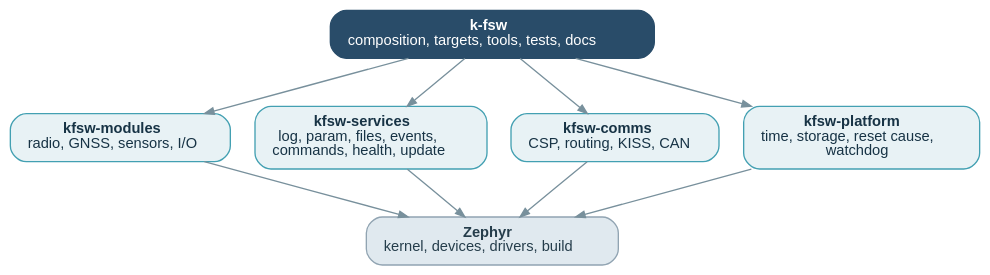
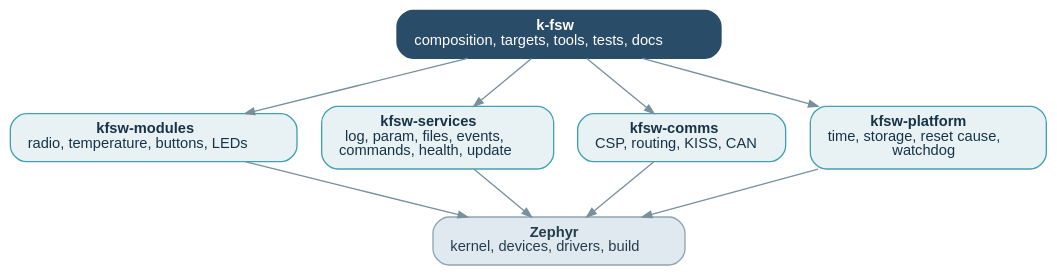
The diagram in docs/media/layout.dot (dgonzalez97/k-fsw), drawn with Graphviz before and after one commit. The commit also changed 3 other files, not shown here.

```diff
--- a/docs/media/layout.dot
+++ b/docs/media/layout.dot
@@ -1,30 +1,30 @@
 /* The repository layout, rendered to SVG by tools/docs/diagrams.sh.
  *
  * Colours are given for both themes by using mid-tones that hold on a white
  * page and a dark one, since GitHub picks the reader's theme and an SVG cannot
  * ask which it got.
  */
 digraph kfsw {
 	bgcolor="transparent";
 	rankdir=TB;
 	node [shape=box, style="rounded,filled", fontname="Helvetica",
 	      fontsize=11, color="#43a0b2", fillcolor="#e8f2f5", fontcolor="#173345",
 	      margin="0.18,0.10"];
 	edge [color="#78909c", arrowsize=0.7];
 
 	app [label=<<b>k-fsw</b><br/>composition, targets, tools, tests, docs>,
 	     fillcolor="#294c69", fontcolor="#ffffff", color="#294c69"];
 
-	modules  [label=<<b>kfsw-modules</b><br/>radio, GNSS, sensors, I/O>];
+	modules  [label=<<b>kfsw-modules</b><br/>radio, temperature, buttons, LEDs>];
 	services [label=<<b>kfsw-services</b><br/>log, param, files, events,<br/>commands, health, update>];
 	comms    [label=<<b>kfsw-comms</b><br/>CSP, routing, KISS, CAN>];
 	platform [label=<<b>kfsw-platform</b><br/>time, storage, reset cause,<br/>watchdog>];
 
 	zephyr [label=<<b>Zephyr</b><br/>kernel, devices, drivers, build>,
 	        fillcolor="#e0e9ef", color="#91a4b2", fontcolor="#253d4b"];
 
 	app -> {modules services comms platform};
 	{modules services comms platform} -> zephyr;
 
 	{rank=same; modules; services; comms; platform;}
 }
```
